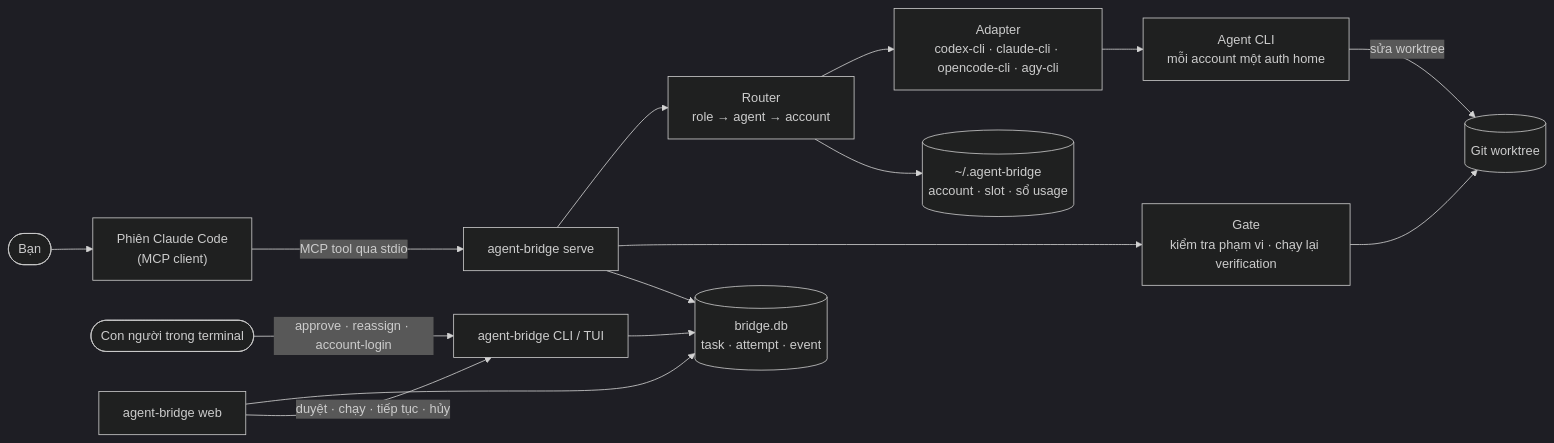
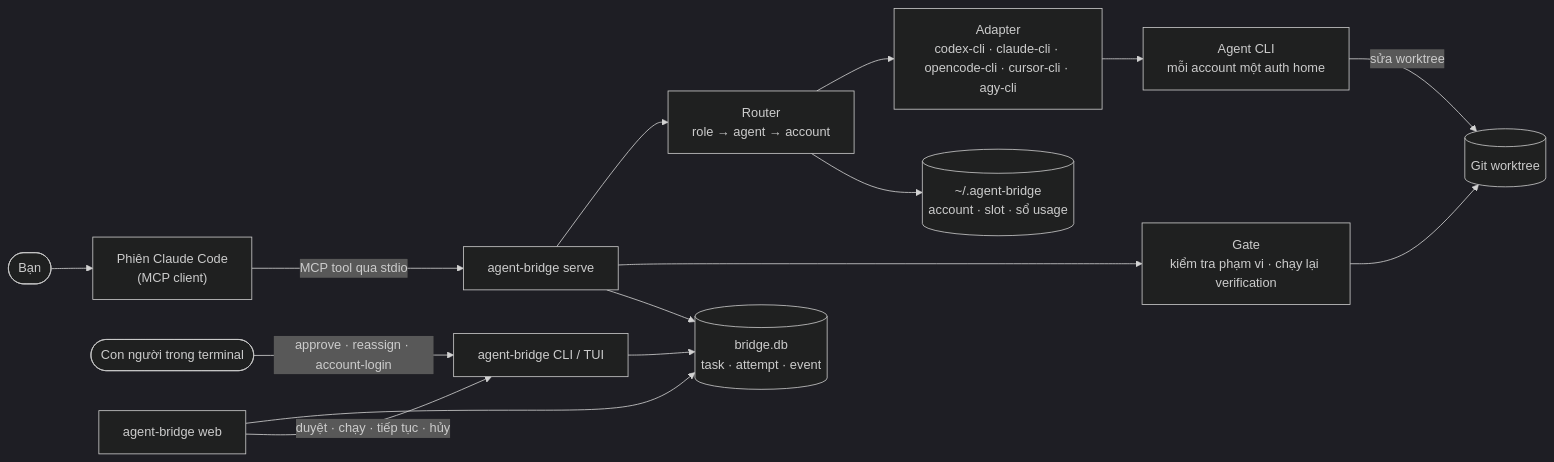
One commit to leetuanbmt/agent-orchestration-kit changed the first of 2 diagrams in README.vi.md. Above: the diagram before and after it, drawn with Mermaid (dark theme). The commit also changed other lines of this file and 19 other files, not shown here.

First line of the commit message:
add a read-only cursor-cli adapter for the Cursor CLI

````diff
--- a/README.vi.md
+++ b/README.vi.md
@@ -139,17 +139,17 @@
 ```mermaid
 flowchart LR
     you(["Bạn"]) --> cc["Phiên Claude Code<br/>(MCP client)"]
     cc -- "MCP tool qua stdio" --> bridge["agent-bridge serve"]
     human(["Con người trong terminal"]) -- "approve · reassign · account-login" --> cli["agent-bridge CLI / TUI"]
     bridge --> router["Router<br/>role → agent → account"]
-    router --> adapters["Adapter<br/>codex-cli · claude-cli · opencode-cli · agy-cli"]
+    router --> adapters["Adapter<br/>codex-cli · claude-cli · opencode-cli · cursor-cli · agy-cli"]
     adapters --> agents["Agent CLI<br/>mỗi account một auth home"]
     agents -- "sửa worktree" --> repo[("Git worktree")]
     bridge --> gates["Gate<br/>kiểm tra phạm vi · chạy lại verification"]
     gates --> repo
     bridge --> db[("bridge.db<br/>task · attempt · event")]
     router --> acct[("~/.agent-bridge<br/>account · slot · sổ usage")]
     cli --> db
     web["agent-bridge web"] --> db
     web -- "duyệt · chạy · tiếp tục · hủy" --> cli
 ```
````
